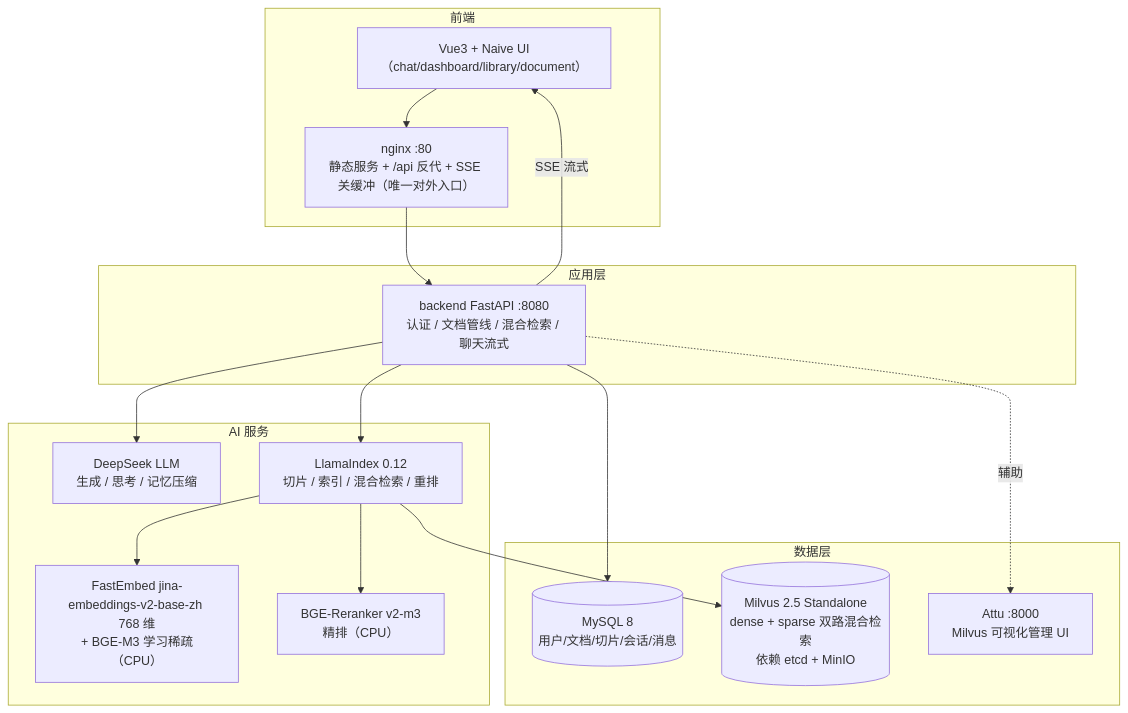
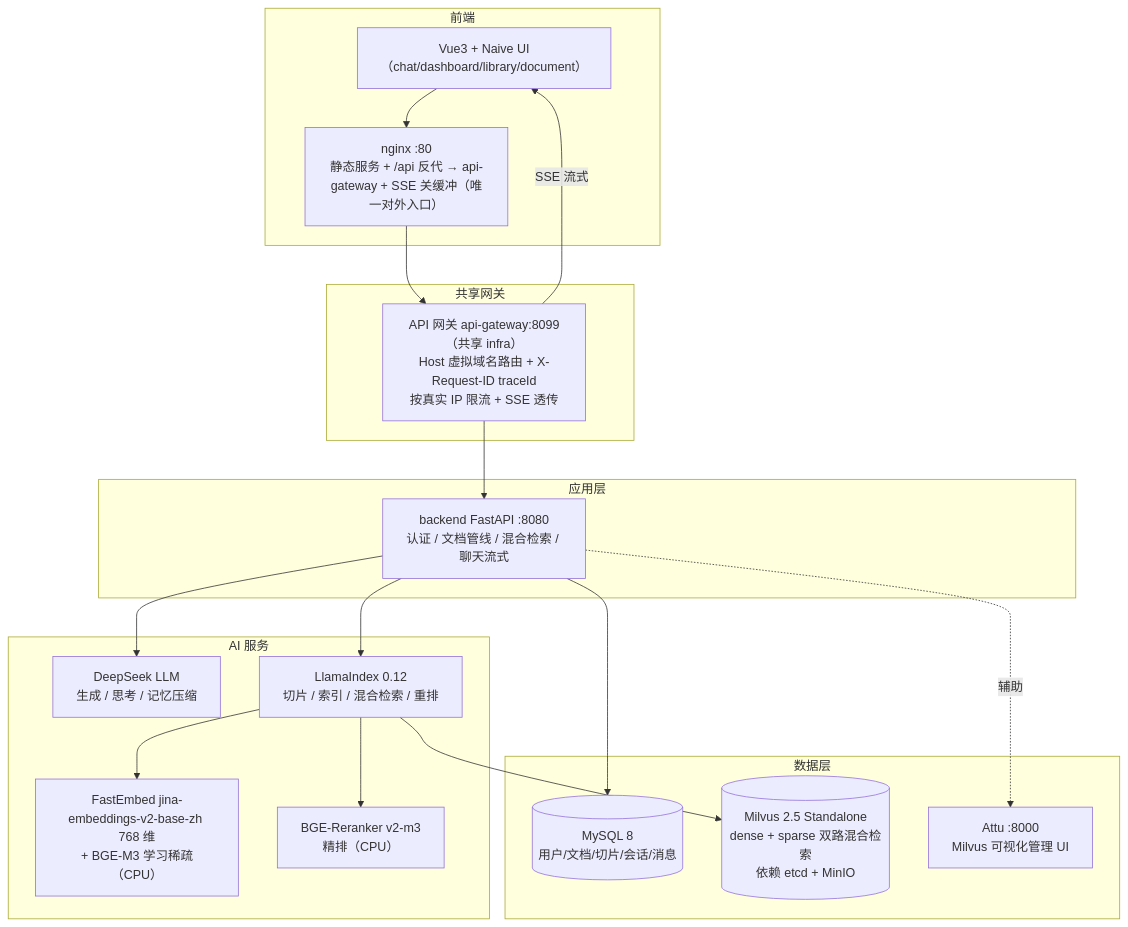
One commit to zhanggy1984/good-question changed the diagram in README.md. Above: the diagram before and after it, drawn with Mermaid. The commit also changed other lines of this file and 5 other files, not shown here.

First line of the commit message:
feat(gateway): 接入统一 API 网关（api-gateway:8099）+ traceId 对齐

````diff
--- a/README.md
+++ b/README.md
@@ -53,32 +53,36 @@
 ```mermaid
 graph TB
     subgraph 前端
         WEB["Vue3 + Naive UI<br/>（chat/dashboard/library/document）"]
-        NGINX["nginx :80<br/>静态服务 + /api 反代 + SSE 关缓冲（唯一对外入口）"]
+        NGINX["nginx :80<br/>静态服务 + /api 反代 → api-gateway + SSE 关缓冲（唯一对外入口）"]
+    end
+    subgraph 共享网关
+        GATEWAY["API 网关 api-gateway:8099（共享 infra）<br/>Host 虚拟域名路由 + X-Request-ID traceId<br/>按真实 IP 限流 + SSE 透传"]
     end
     subgraph 应用层
         API["backend FastAPI :8080<br/>认证 / 文档管线 / 混合检索 / 聊天流式"]
     end
     subgraph AI 服务
         DS["DeepSeek LLM<br/>生成 / 思考 / 记忆压缩"]
         LLAMAIX["LlamaIndex 0.12<br/>切片 / 索引 / 混合检索 / 重排"]
         EMBED["FastEmbed jina-embeddings-v2-base-zh 768 维<br/>+ BGE-M3 学习稀疏（CPU）"]
         RERANK["BGE-Reranker v2-m3<br/>精排（CPU）"]
     end
     subgraph 数据层
         MYSQL[(MySQL 8<br/>用户/文档/切片/会话/消息)]
         MILVUS[(Milvus 2.5 Standalone<br/>dense + sparse 双路混合检索<br/>依赖 etcd + MinIO)]
         ATTU["Attu :8000<br/>Milvus 可视化管理 UI"]
     end
 
     WEB --> NGINX
-    NGINX --> API
-    API -- SSE 流式 --> WEB
+    NGINX --> GATEWAY
+    GATEWAY --> API
+    GATEWAY -- SSE 流式 --> WEB
     API --> MYSQL
     API --> LLAMAIX
     LLAMAIX --> MILVUS
     LLAMAIX --> EMBED
     LLAMAIX --> RERANK
     API --> DS
     API -.辅助.-> ATTU
 ```
````
